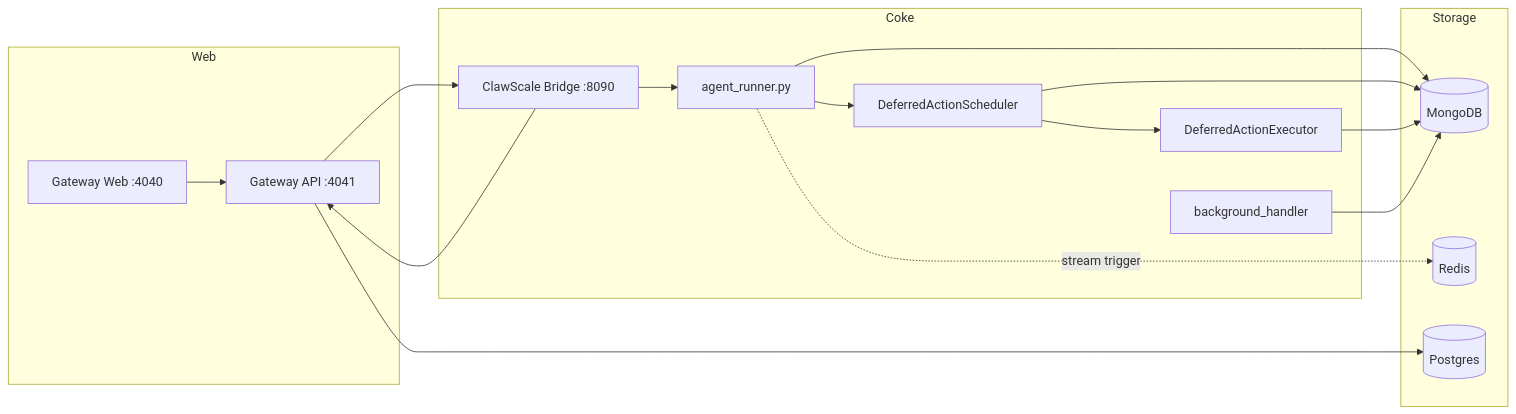
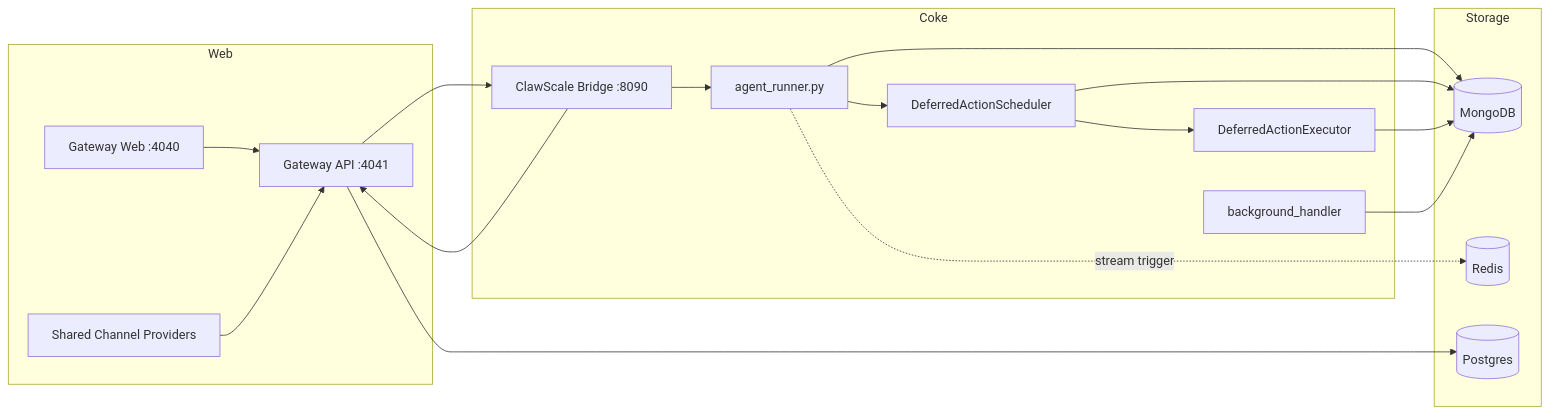
Before and after one commit to yidianyiko/openCoke: the diagram in docs/architecture.md, drawn with Mermaid. The commit also changed other lines of this file and 2 other files, not shown here.

````diff
--- a/docs/architecture.md
+++ b/docs/architecture.md
@@ -33,34 +36,36 @@
 ```mermaid
 flowchart LR
     subgraph Web
         UI[Gateway Web :4040]
         API[Gateway API :4041]
+        PROVIDERS[Shared Channel Providers]
     end
 
     subgraph Coke
         BRIDGE[ClawScale Bridge :8090]
         RUNNER[agent_runner.py]
         SCHED[DeferredActionScheduler]
         EXEC[DeferredActionExecutor]
         BG[background_handler]
     end
 
     subgraph Storage
         MONGO[(MongoDB)]
         REDIS[(Redis)]
         PG[(Postgres)]
     end
 
     UI --> API
+    PROVIDERS --> API
     API --> BRIDGE
     BRIDGE --> RUNNER
     BRIDGE --> API
     RUNNER --> SCHED
     SCHED --> EXEC
     RUNNER --> MONGO
     RUNNER -. stream trigger .-> REDIS
     SCHED --> MONGO
     EXEC --> MONGO
     BG --> MONGO
     API --> PG
 ```
````
